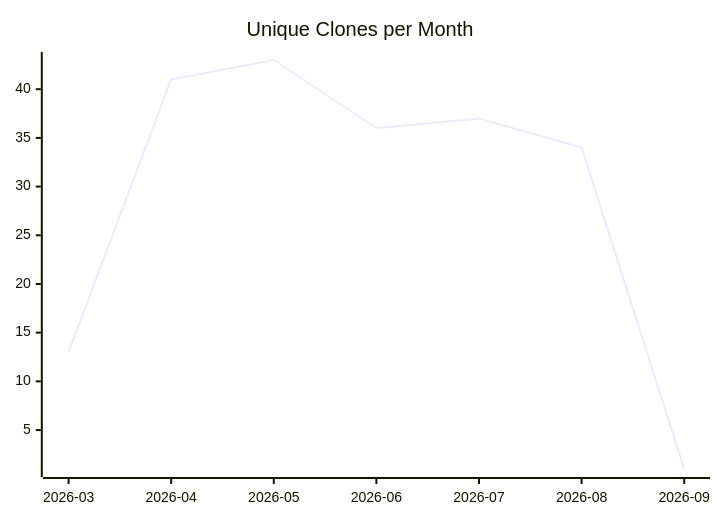
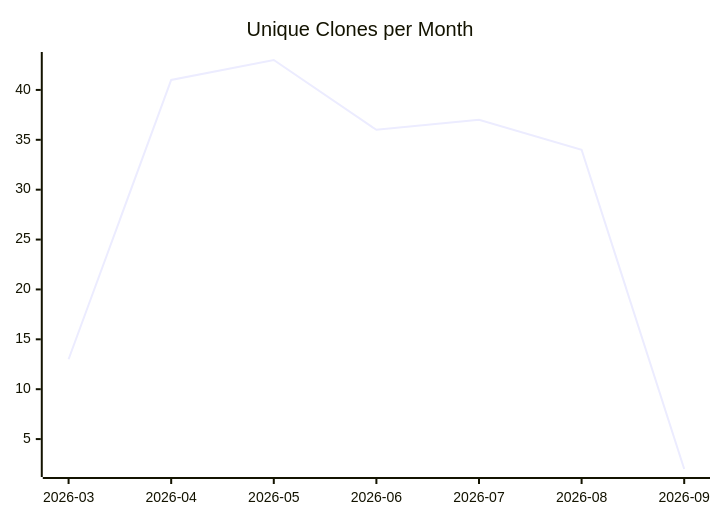
Before and after one commit to justdavis-family/github-analytics-data: the third of 3 diagrams in karlmdavis/usgs-water-api-java/README.md, drawn with Mermaid. The commit also changed other lines of this file and 191 other files, not shown here.

````diff
--- a/karlmdavis/usgs-water-api-java/README.md
+++ b/karlmdavis/usgs-water-api-java/README.md
@@ -19,6 +19,6 @@
 ```mermaid
 xychart-beta
   title "Unique Clones per Month"
   x-axis ["2026-03", "2026-04", "2026-05", "2026-06", "2026-07", "2026-08", "2026-09"]
-  line [13, 41, 43, 36, 37, 34, 1]
+  line [13, 41, 43, 36, 37, 34, 2]
 ```
````
